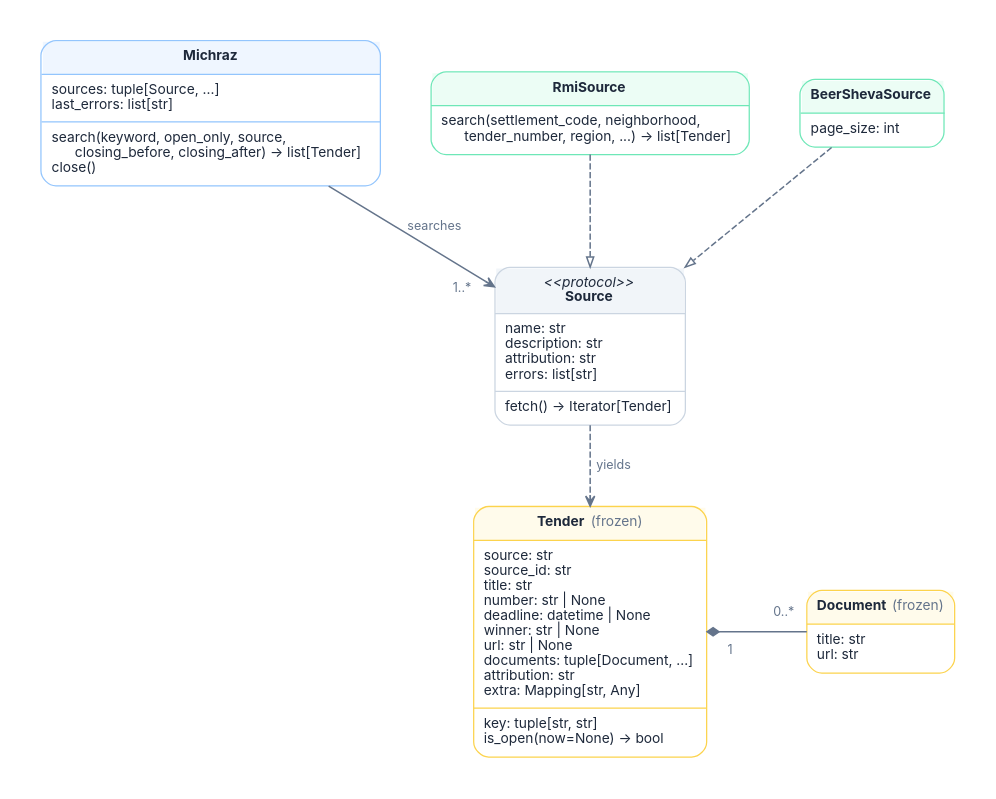
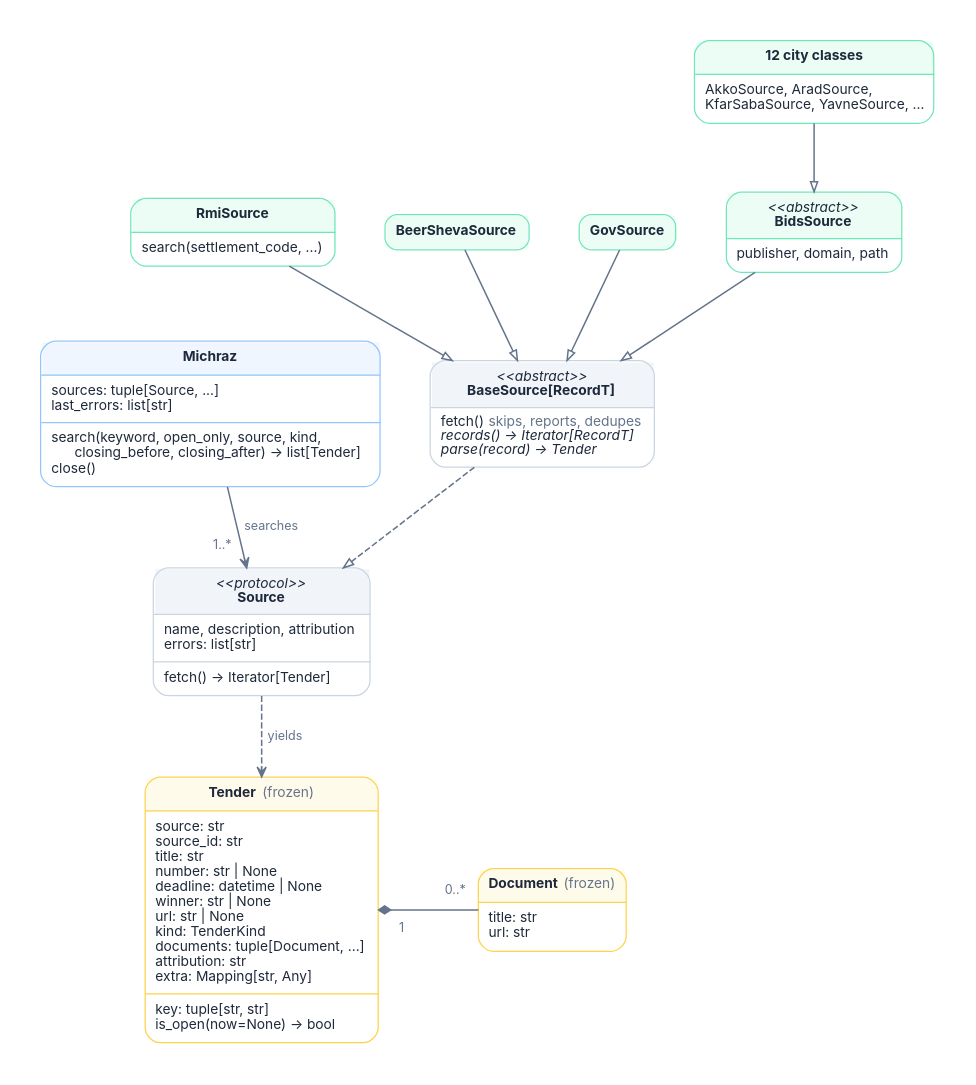
Before and after one commit to Zikithezikit/michraz: the diagram in docs/diagrams/classes.dot, drawn with Graphviz. The commit also changed 24 other files, not shown here.

Commit message:
refactor: one uniform BaseSource template, a source registry, a class per city

```diff
--- a/docs/diagrams/classes.dot
+++ b/docs/diagrams/classes.dot
@@ -1,61 +1,89 @@
 digraph classes {
   rankdir=TB; bgcolor="white"; pad=0.35; nodesep=0.55; ranksep=0.75; splines=true;
   node [fontname="Inter", fontsize=11, shape=plain, fontcolor="#1e293b"];
   edge [fontname="Inter", fontsize=10, color="#64748b", fontcolor="#64748b", arrowsize=0.8, penwidth=1.2];
 
   Michraz [label=<
     <table border="1" cellborder="0" cellspacing="0" cellpadding="7" color="#93c5fd" style="rounded" bgcolor="white">
       <tr><td bgcolor="#eff6ff"><b>Michraz</b></td></tr>
       <hr/>
       <tr><td align="left" balign="left">sources: tuple[Source, ...]<br/>last_errors: list[str]</td></tr>
       <hr/>
-      <tr><td align="left" balign="left">search(keyword, open_only, source,<br/>       closing_before, closing_after) -&gt; list[Tender]<br/>close()</td></tr>
+      <tr><td align="left" balign="left">search(keyword, open_only, source, kind,<br/>       closing_before, closing_after) -&gt; list[Tender]<br/>close()</td></tr>
     </table>>];
 
   Source [label=<
     <table border="1" cellborder="0" cellspacing="0" cellpadding="7" color="#cbd5e1" style="rounded" bgcolor="white">
       <tr><td bgcolor="#f1f5f9"><i>&lt;&lt;protocol&gt;&gt;</i><br/><b>Source</b></td></tr>
       <hr/>
-      <tr><td align="left" balign="left">name: str<br/>description: str<br/>attribution: str<br/>errors: list[str]</td></tr>
+      <tr><td align="left" balign="left">name, description, attribution<br/>errors: list[str]</td></tr>
       <hr/>
       <tr><td align="left" balign="left">fetch() -&gt; Iterator[Tender]</td></tr>
+    </table>>];
+
+  BaseSource [label=<
+    <table border="1" cellborder="0" cellspacing="0" cellpadding="7" color="#cbd5e1" style="rounded" bgcolor="white">
+      <tr><td bgcolor="#f1f5f9"><i>&lt;&lt;abstract&gt;&gt;</i><br/><b>BaseSource[RecordT]</b></td></tr>
+      <hr/>
+      <tr><td align="left" balign="left">fetch() <font color="#64748b">skips, reports, dedupes</font><br/><i>records() -&gt; Iterator[RecordT]</i><br/><i>parse(record) -&gt; Tender</i></td></tr>
     </table>>];
 
   RmiSource [label=<
     <table border="1" cellborder="0" cellspacing="0" cellpadding="7" color="#6ee7b7" style="rounded" bgcolor="white">
       <tr><td bgcolor="#ecfdf5"><b>RmiSource</b></td></tr>
       <hr/>
-      <tr><td align="left" balign="left">search(settlement_code, neighborhood,<br/>       tender_number, region, ...) -&gt; list[Tender]</td></tr>
+      <tr><td align="left" balign="left">search(settlement_code, ...)</td></tr>
     </table>>];
 
   BeerShevaSource [label=<
     <table border="1" cellborder="0" cellspacing="0" cellpadding="7" color="#6ee7b7" style="rounded" bgcolor="white">
       <tr><td bgcolor="#ecfdf5"><b>BeerShevaSource</b></td></tr>
+    </table>>];
+
+  GovSource [label=<
+    <table border="1" cellborder="0" cellspacing="0" cellpadding="7" color="#6ee7b7" style="rounded" bgcolor="white">
+      <tr><td bgcolor="#ecfdf5"><b>GovSource</b></td></tr>
+    </table>>];
+
+  BidsSource [label=<
+    <table border="1" cellborder="0" cellspacing="0" cellpadding="7" color="#6ee7b7" style="rounded" bgcolor="white">
+      <tr><td bgcolor="#ecfdf5"><i>&lt;&lt;abstract&gt;&gt;</i><br/><b>BidsSource</b></td></tr>
       <hr/>
-      <tr><td align="left">page_size: int</td></tr>
+      <tr><td align="left" balign="left">publisher, domain, path</td></tr>
+    </table>>];
+
+  Cities [label=<
+    <table border="1" cellborder="0" cellspacing="0" cellpadding="7" color="#6ee7b7" style="rounded" bgcolor="white">
+      <tr><td bgcolor="#ecfdf5"><b>12 city classes</b></td></tr>
+      <hr/>
+      <tr><td align="left" balign="left">AkkoSource, AradSource,<br/>KfarSabaSource, YavneSource, ...</td></tr>
     </table>>];
 
   Tender [label=<
     <table border="1" cellborder="0" cellspacing="0" cellpadding="7" color="#fcd34d" style="rounded" bgcolor="white">
       <tr><td bgcolor="#fffbeb"><b>Tender</b> <font color="#64748b">(frozen)</font></td></tr>
       <hr/>
-      <tr><td align="left" balign="left">source: str<br/>source_id: str<br/>title: str<br/>number: str | None<br/>deadline: datetime | None<br/>winner: str | None<br/>url: str | None<br/>documents: tuple[Document, ...]<br/>attribution: str<br/>extra: Mapping[str, Any]</td></tr>
+      <tr><td align="left" balign="left">source: str<br/>source_id: str<br/>title: str<br/>number: str | None<br/>deadline: datetime | None<br/>winner: str | None<br/>url: str | None<br/>kind: TenderKind<br/>documents: tuple[Document, ...]<br/>attribution: str<br/>extra: Mapping[str, Any]</td></tr>
       <hr/>
       <tr><td align="left" balign="left">key: tuple[str, str]<br/>is_open(now=None) -&gt; bool</td></tr>
     </table>>];
 
   Document [label=<
     <table border="1" cellborder="0" cellspacing="0" cellpadding="7" color="#fcd34d" style="rounded" bgcolor="white">
       <tr><td bgcolor="#fffbeb"><b>Document</b> <font color="#64748b">(frozen)</font></td></tr>
       <hr/>
       <tr><td align="left" balign="left">title: str<br/>url: str</td></tr>
     </table>>];
 
   Michraz -> Source [arrowhead=vee, headlabel="1..*", labeldistance=2.6, labelangle=35, label="  searches  "];
-  RmiSource -> Source [arrowhead=empty, style=dashed];
-  BeerShevaSource -> Source [arrowhead=empty, style=dashed];
+  BaseSource -> Source [arrowhead=empty, style=dashed];
+  RmiSource -> BaseSource [arrowhead=empty];
+  BeerShevaSource -> BaseSource [arrowhead=empty];
+  GovSource -> BaseSource [arrowhead=empty];
+  BidsSource -> BaseSource [arrowhead=empty];
+  Cities -> BidsSource [arrowhead=empty];
   Source -> Tender [arrowhead=vee, style=dashed, label="  yields  "];
   Tender -> Document [dir=both, arrowtail=diamond, arrowhead=none, headlabel="0..*", taillabel="1", labeldistance=2.4, labelangle=-40];
-  { rank=same; RmiSource; BeerShevaSource; }
+  { rank=same; RmiSource; BeerShevaSource; GovSource; BidsSource; }
   { rank=same; Tender; Document; }
 }
```
